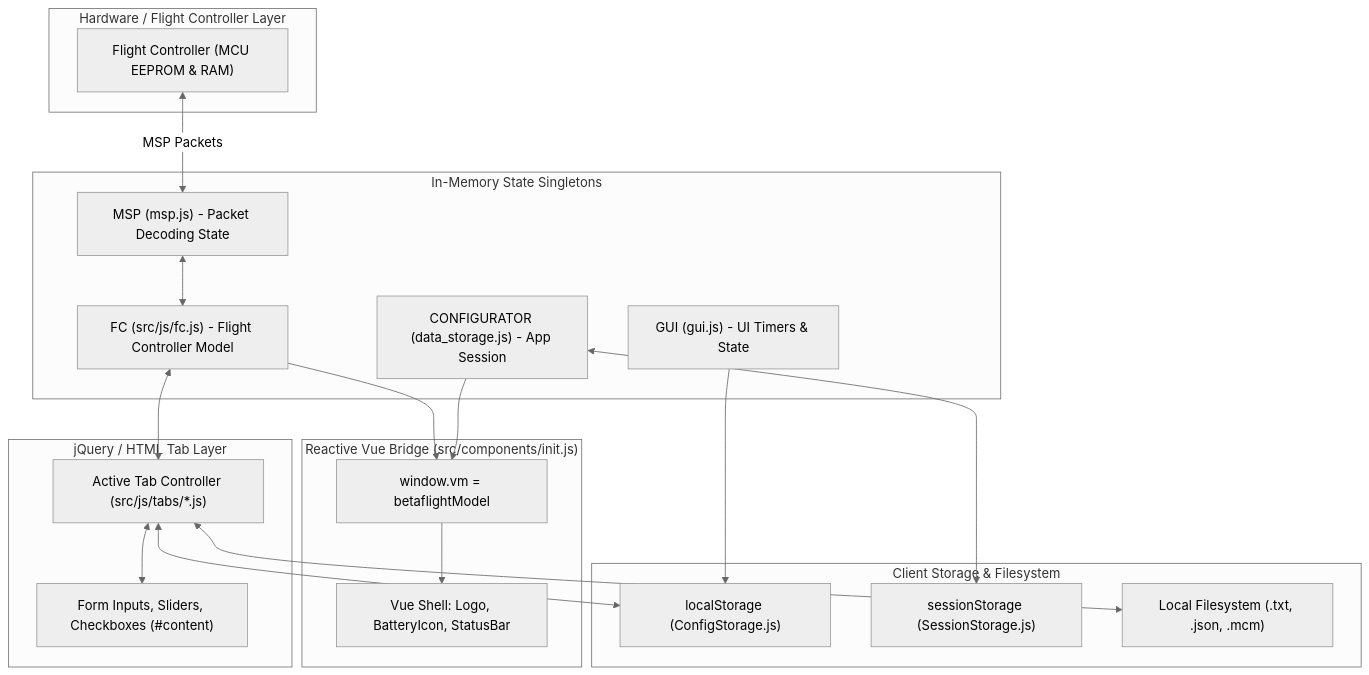
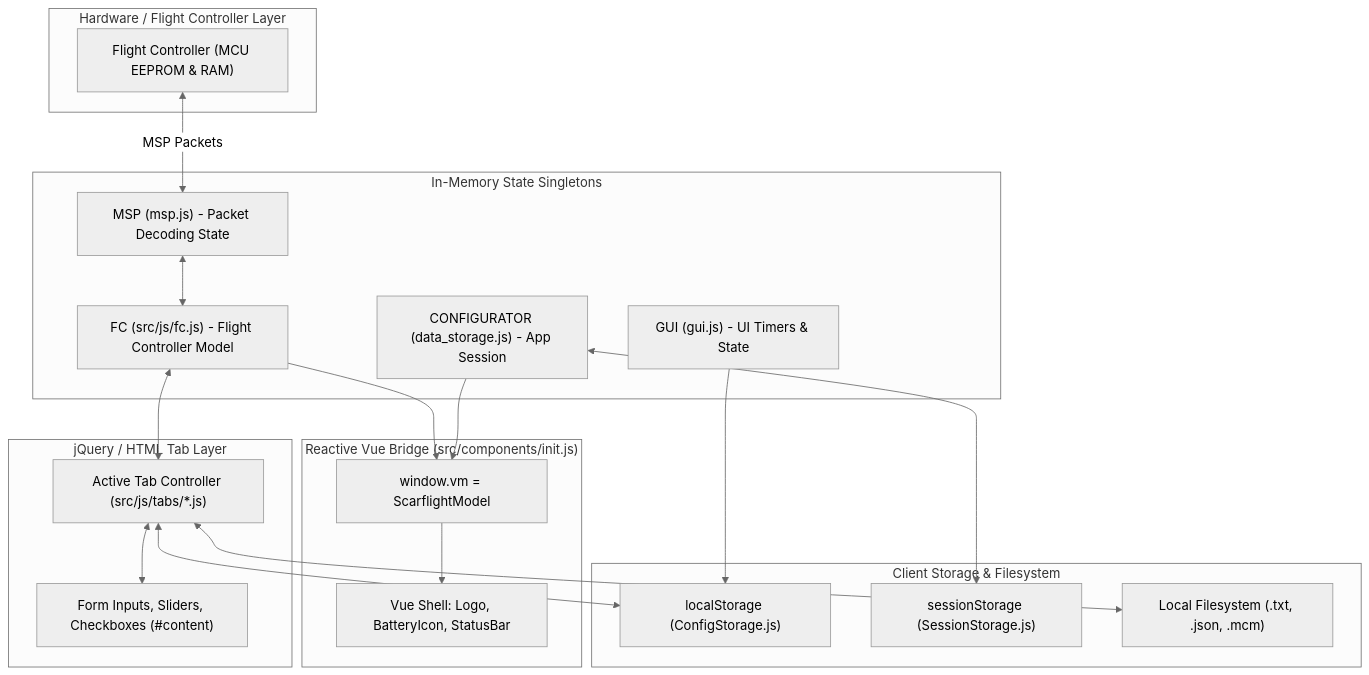
The diagram in docs/project-audit/07-state-storage-and-data-flow.md (DevAbdelrhman/Scarflight), drawn with Mermaid (neutral theme) before and after one commit. The commit also changed other lines of this file and 138 other files, not shown here.

````diff
--- a/docs/project-audit/07-state-storage-and-data-flow.md
+++ b/docs/project-audit/07-state-storage-and-data-flow.md
@@ -15,43 +15,43 @@
 ```mermaid
 graph TD
     subgraph Hardware_Layer ["Hardware / Flight Controller Layer"]
         FC_HW["Flight Controller (MCU EEPROM & RAM)"]
     end
 
     subgraph Memory_Layer ["In-Memory State Singletons"]
         FC["FC (src/js/fc.js) - Flight Controller Model"]
         CONFIGURATOR["CONFIGURATOR (data_storage.js) - App Session"]
         GUI["GUI (gui.js) - UI Timers & State"]
         MSP["MSP (msp.js) - Packet Decoding State"]
     end
 
     subgraph Reactive_Bridge ["Reactive Vue Bridge (src/components/init.js)"]
-        VM["window.vm = betaflightModel"]
+        VM["window.vm = ScarflightModel"]
         VueViews["Vue Shell: Logo, BatteryIcon, StatusBar"]
     end
 
     subgraph Tab_DOM ["jQuery / HTML Tab Layer"]
         ActiveTab["Active Tab Controller (src/js/tabs/*.js)"]
         TabInputs["Form Inputs, Sliders, Checkboxes (#content)"]
     end
 
     subgraph Persistence_Layer ["Client Storage & Filesystem"]
         LocalStorage["localStorage (ConfigStorage.js)"]
         SessionStorage["sessionStorage (SessionStorage.js)"]
         Filesystem["Local Filesystem (.txt, .json, .mcm)"]
     end
 
     FC_HW <-->|MSP Packets| MSP
     MSP <--> FC
     FC --> VM
     CONFIGURATOR --> VM
     VM --> VueViews
 
     FC <--> ActiveTab
     ActiveTab <--> TabInputs
 
     GUI --> LocalStorage
     ActiveTab <--> LocalStorage
     CONFIGURATOR <--> SessionStorage
     ActiveTab <--> Filesystem
 ```
````
